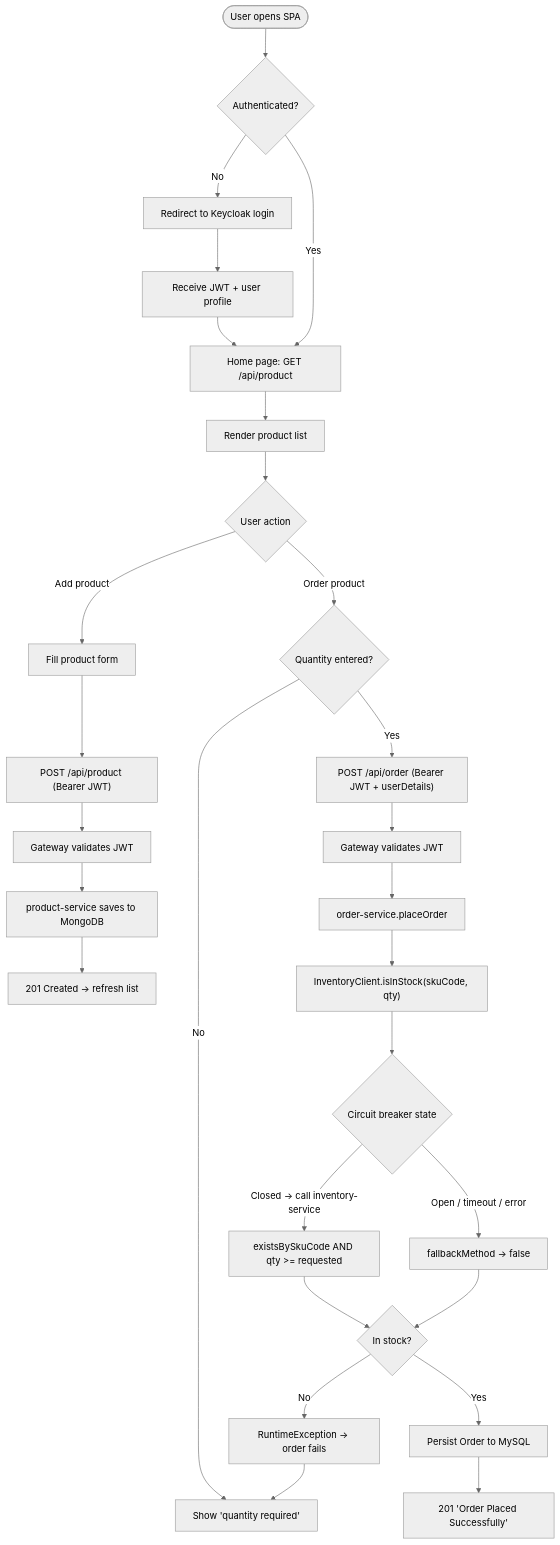
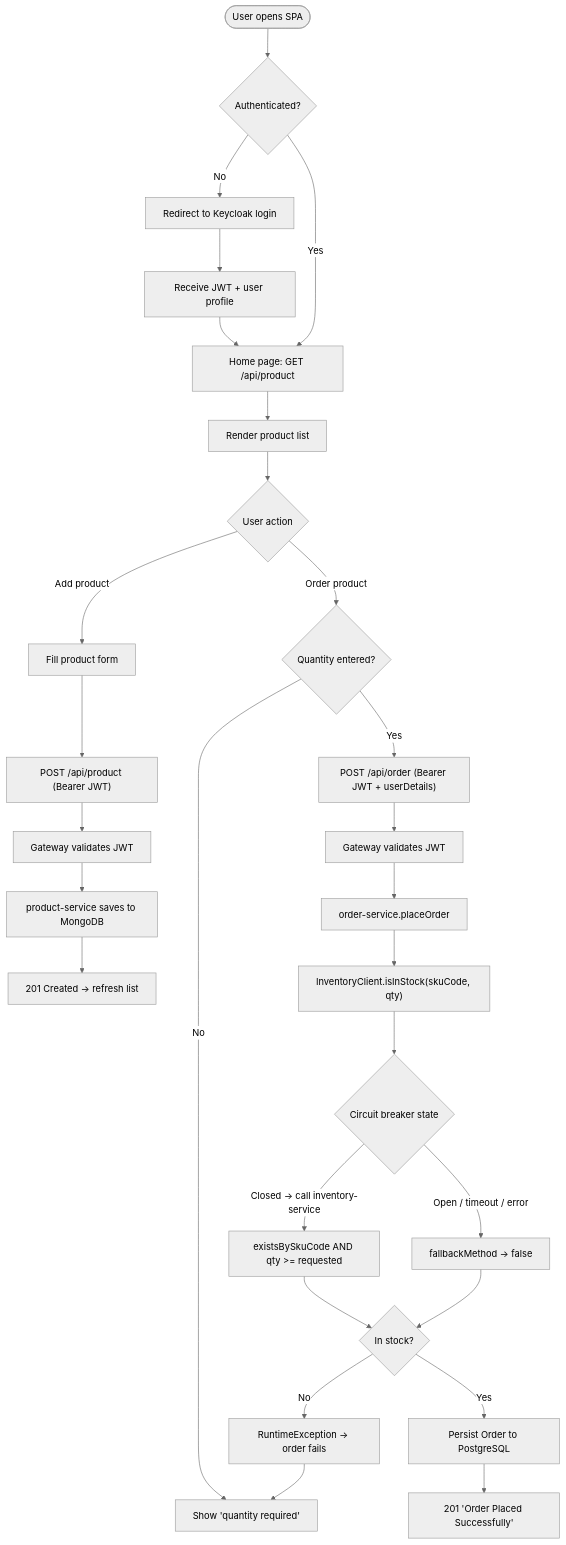
One commit to SzabolcsBeko/ms_sap_project changed the second of 12 diagrams in docs/ARCHITECTURE.md. Above: the diagram before and after it, drawn with Mermaid (neutral theme). The commit also changed other lines of this file and 30 other files, not shown here.

First line of the commit message:
feat(db): migrate order-service and inventory-service to PostgreSQL 16

````diff
--- a/docs/ARCHITECTURE.md
+++ b/docs/ARCHITECTURE.md
@@ -119,35 +119,35 @@
 ```mermaid
 flowchart TD
     Start([User opens SPA]) --> Auth{Authenticated?}
     Auth -- No --> Login[Redirect to Keycloak login]
     Login --> Token[Receive JWT + user profile]
     Token --> Home
     Auth -- Yes --> Home[Home page: GET /api/product]
 
     Home --> List[Render product list]
     List --> Choice{User action}
 
     Choice -- "Add product" --> AddForm[Fill product form]
     AddForm --> PostP["POST /api/product (Bearer JWT)"]
     PostP --> GWv1[Gateway validates JWT]
     GWv1 --> PS[product-service saves to MongoDB]
     PS --> Created[201 Created → refresh list]
 
     Choice -- "Order product" --> Qty{Quantity entered?}
     Qty -- No --> OrderFail[Show 'quantity required']
     Qty -- Yes --> PostO["POST /api/order (Bearer JWT + userDetails)"]
     PostO --> GWv2[Gateway validates JWT]
     GWv2 --> OS[order-service.placeOrder]
     OS --> Stock["InventoryClient.isInStock(skuCode, qty)"]
 
     Stock --> CB{Circuit breaker state}
     CB -- "Open / timeout / error" --> FB[fallbackMethod → false]
     CB -- "Closed → call inventory-service" --> ISQ[existsBySkuCode AND qty >= requested]
 
     ISQ --> InStock{In stock?}
     FB --> InStock
-    InStock -- Yes --> Save[Persist Order to MySQL]
+    InStock -- Yes --> Save[Persist Order to PostgreSQL]
     Save --> Ok[201 'Order Placed Successfully']
     InStock -- No --> Ex[RuntimeException → order fails]
     Ex --> OrderFail
 ```
````
